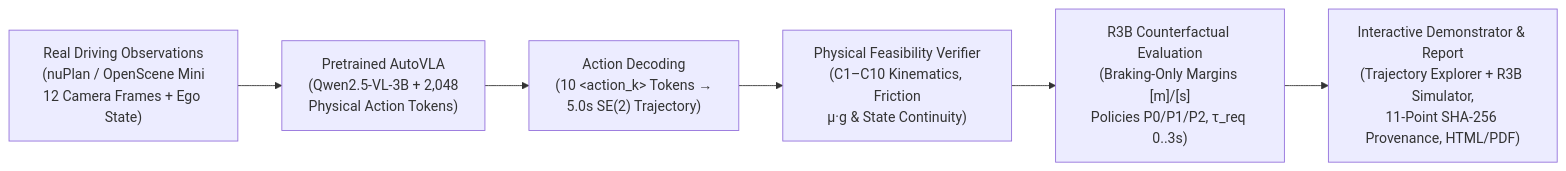
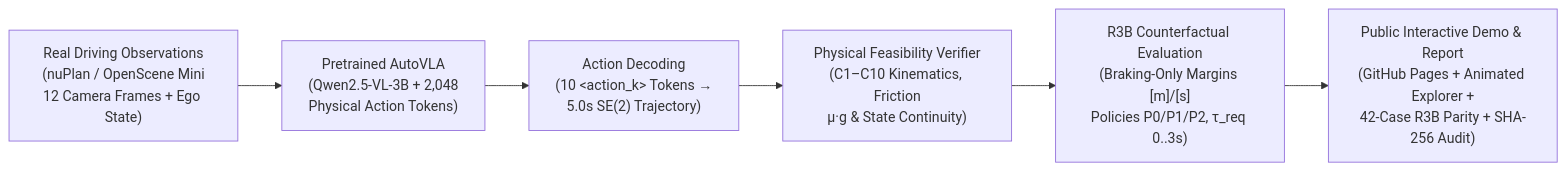
Before and after one commit to fengzhe-li/vehicle-aware-human-fallback: the diagram in README.md, drawn with Mermaid. The commit also changed other lines of this file and 21 other files, not shown here.

Commit message:
feat(vla): deploy animated AutoVLA explorer, 42-case R3B parity suite, and video demo to GitHub Pages

````diff
--- a/README.md
+++ b/README.md
@@ -61,8 +76,8 @@
 ```mermaid
 flowchart LR
     A["Real Driving Observations<br/>(nuPlan / OpenScene Mini<br/>12 Camera Frames + Ego State)"] --> B["Pretrained AutoVLA<br/>(Qwen2.5-VL-3B + 2,048<br/>Physical Action Tokens)"]
     B --> C["Action Decoding<br/>(10 &lt;action_k&gt; Tokens &rarr;<br/>5.0s SE(2) Trajectory)"]
     C --> D["Physical Feasibility Verifier<br/>(C1&ndash;C10 Kinematics, Friction<br/>&mu;&middot;g &amp; State Continuity)"]
     D --> E["R3B Counterfactual Evaluation<br/>(Braking-Only Margins [m]/[s]<br/>Policies P0/P1/P2, &tau;_req 0..3s)"]
-    E --> F["Interactive Demonstrator &amp; Report<br/>(Trajectory Explorer + R3B Simulator,<br/>11-Point SHA-256 Provenance, HTML/PDF)"]
+    E --> F["Public Interactive Demo &amp; Report<br/>(GitHub Pages + Animated Explorer +<br/>42-Case R3B Parity + SHA-256 Audit)"]
 ```
````
